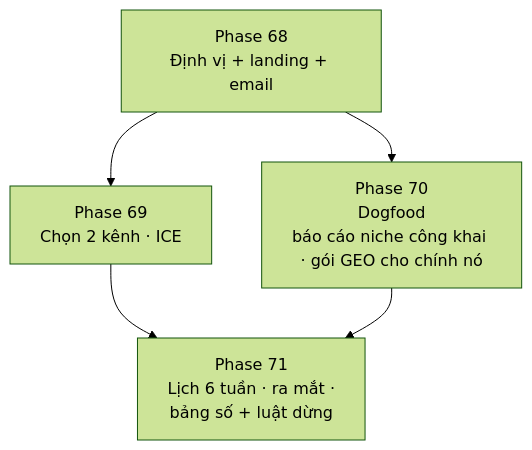
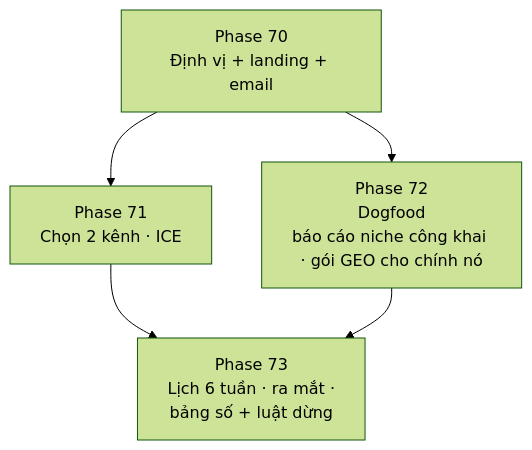
One commit to nvminhtu/niche-radar-docs changed the diagram in docs/web/version-11.md. Above: the diagram before and after it, drawn with Mermaid (forest theme). The commit also changed other lines of this file and 298 other files, not shown here.

````diff
--- a/docs/web/version-11.md
+++ b/docs/web/version-11.md
@@ -21,6 +21,6 @@
 ```mermaid
 flowchart TB
-  P[Phase 68<br/>Định vị + landing + email] --> C[Phase 69<br/>Chọn 2 kênh · ICE]
-  P --> D[Phase 70<br/>Dogfood<br/>báo cáo niche công khai · gói GEO cho chính nó]
-  C & D --> S[Phase 71<br/>Lịch 6 tuần · ra mắt ·<br/>bảng số + luật dừng]
+  P[Phase 70<br/>Định vị + landing + email] --> C[Phase 71<br/>Chọn 2 kênh · ICE]
+  P --> D[Phase 72<br/>Dogfood<br/>báo cáo niche công khai · gói GEO cho chính nó]
+  C & D --> S[Phase 73<br/>Lịch 6 tuần · ra mắt ·<br/>bảng số + luật dừng]
 ```
````
